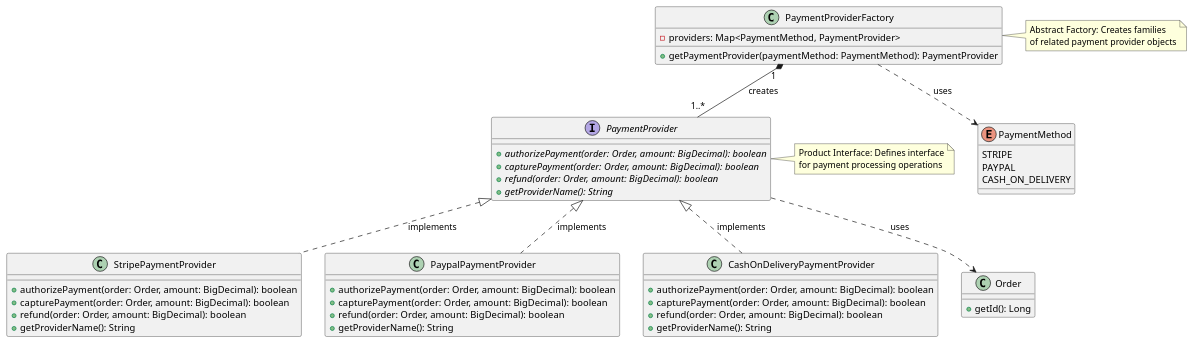
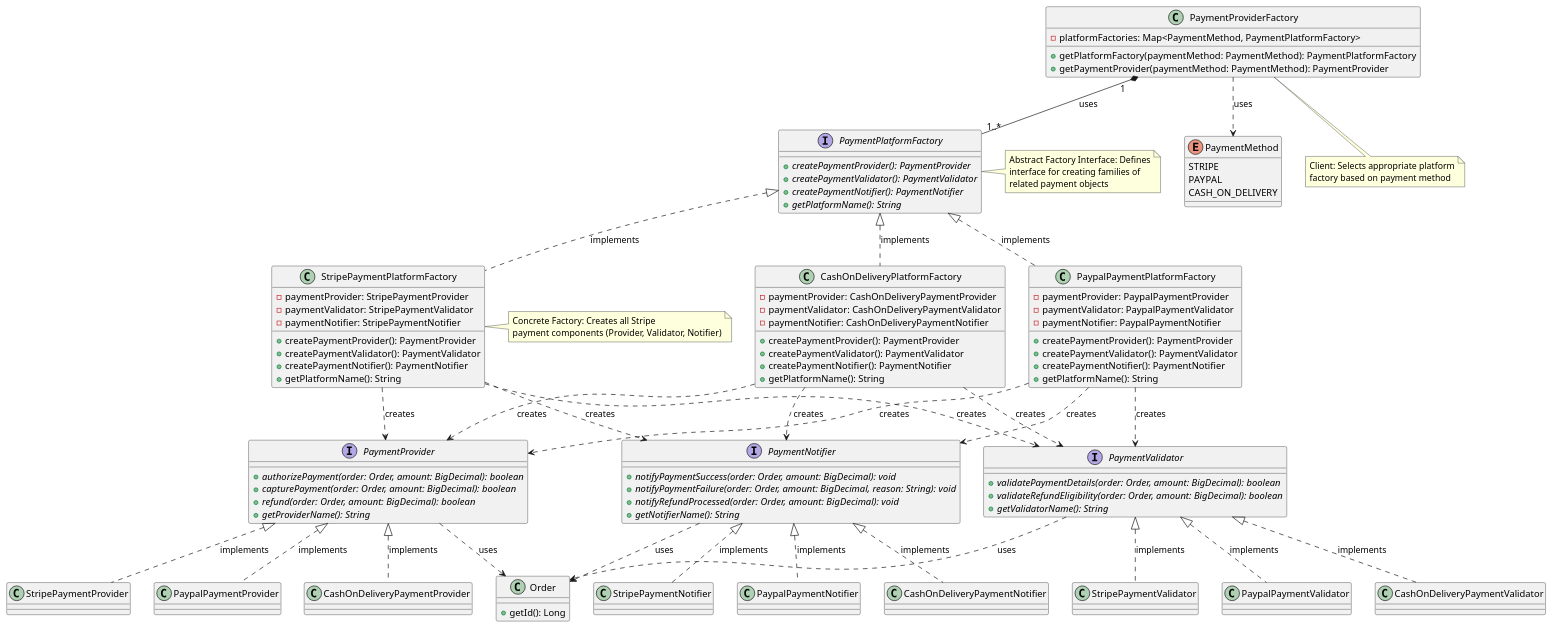
Before and after one commit to bogdan-404/PSS: the diagram in diagrams/06_AbstractFactory.puml, drawn with PlantUML. The commit also changed 14 other files, not shown here.

Commit message:
abstract factory fix

```diff
--- a/diagrams/06_AbstractFactory.puml
+++ b/diagrams/06_AbstractFactory.puml
@@ -1,64 +1,137 @@
-@startuml Abstract Factory Pattern - Payment Provider Factory
+@startuml Abstract Factory Pattern - Payment Platform Factory
 
-class PaymentProviderFactory {
-    - providers: Map<PaymentMethod, PaymentProvider>
-    + getPaymentProvider(paymentMethod: PaymentMethod): PaymentProvider
+interface PaymentPlatformFactory {
+    + {abstract} createPaymentProvider(): PaymentProvider
+    + {abstract} createPaymentValidator(): PaymentValidator
+    + {abstract} createPaymentNotifier(): PaymentNotifier
+    + {abstract} getPlatformName(): String
+}
+
+class StripePaymentPlatformFactory {
+    - paymentProvider: StripePaymentProvider
+    - paymentValidator: StripePaymentValidator
+    - paymentNotifier: StripePaymentNotifier
+    + createPaymentProvider(): PaymentProvider
+    + createPaymentValidator(): PaymentValidator
+    + createPaymentNotifier(): PaymentNotifier
+    + getPlatformName(): String
+}
+
+class PaypalPaymentPlatformFactory {
+    - paymentProvider: PaypalPaymentProvider
+    - paymentValidator: PaypalPaymentValidator
+    - paymentNotifier: PaypalPaymentNotifier
+    + createPaymentProvider(): PaymentProvider
+    + createPaymentValidator(): PaymentValidator
+    + createPaymentNotifier(): PaymentNotifier
+    + getPlatformName(): String
+}
+
+class CashOnDeliveryPlatformFactory {
+    - paymentProvider: CashOnDeliveryPaymentProvider
+    - paymentValidator: CashOnDeliveryPaymentValidator
+    - paymentNotifier: CashOnDeliveryPaymentNotifier
+    + createPaymentProvider(): PaymentProvider
+    + createPaymentValidator(): PaymentValidator
+    + createPaymentNotifier(): PaymentNotifier
+    + getPlatformName(): String
 }
 
 interface PaymentProvider {
     + {abstract} authorizePayment(order: Order, amount: BigDecimal): boolean
     + {abstract} capturePayment(order: Order, amount: BigDecimal): boolean
     + {abstract} refund(order: Order, amount: BigDecimal): boolean
     + {abstract} getProviderName(): String
 }
 
-class StripePaymentProvider {
-    + authorizePayment(order: Order, amount: BigDecimal): boolean
-    + capturePayment(order: Order, amount: BigDecimal): boolean
-    + refund(order: Order, amount: BigDecimal): boolean
-    + getProviderName(): String
+interface PaymentValidator {
+    + {abstract} validatePaymentDetails(order: Order, amount: BigDecimal): boolean
+    + {abstract} validateRefundEligibility(order: Order, amount: BigDecimal): boolean
+    + {abstract} getValidatorName(): String
 }
 
-class PaypalPaymentProvider {
-    + authorizePayment(order: Order, amount: BigDecimal): boolean
-    + capturePayment(order: Order, amount: BigDecimal): boolean
-    + refund(order: Order, amount: BigDecimal): boolean
-    + getProviderName(): String
+interface PaymentNotifier {
+    + {abstract} notifyPaymentSuccess(order: Order, amount: BigDecimal): void
+    + {abstract} notifyPaymentFailure(order: Order, amount: BigDecimal, reason: String): void
+    + {abstract} notifyRefundProcessed(order: Order, amount: BigDecimal): void
+    + {abstract} getNotifierName(): String
 }
 
-class CashOnDeliveryPaymentProvider {
-    + authorizePayment(order: Order, amount: BigDecimal): boolean
-    + capturePayment(order: Order, amount: BigDecimal): boolean
-    + refund(order: Order, amount: BigDecimal): boolean
-    + getProviderName(): String
+class StripePaymentProvider
+class StripePaymentValidator
+class StripePaymentNotifier
+class PaypalPaymentProvider
+class PaypalPaymentValidator
+class PaypalPaymentNotifier
+class CashOnDeliveryPaymentProvider
+class CashOnDeliveryPaymentValidator
+class CashOnDeliveryPaymentNotifier
+
+class PaymentProviderFactory {
+    - platformFactories: Map<PaymentMethod, PaymentPlatformFactory>
+    + getPlatformFactory(paymentMethod: PaymentMethod): PaymentPlatformFactory
+    + getPaymentProvider(paymentMethod: PaymentMethod): PaymentProvider
 }
 
 enum PaymentMethod {
     STRIPE
     PAYPAL
     CASH_ON_DELIVERY
 }
 
 class Order {
     + getId(): Long
 }
 
 ' Relationships
-PaymentProviderFactory "1" *-- "1..*" PaymentProvider : creates
+PaymentPlatformFactory <|.. StripePaymentPlatformFactory : implements
+PaymentPlatformFactory <|.. PaypalPaymentPlatformFactory : implements
+PaymentPlatformFactory <|.. CashOnDeliveryPlatformFactory : implements
+
 PaymentProvider <|.. StripePaymentProvider : implements
+PaymentValidator <|.. StripePaymentValidator : implements
+PaymentNotifier <|.. StripePaymentNotifier : implements
+
 PaymentProvider <|.. PaypalPaymentProvider : implements
+PaymentValidator <|.. PaypalPaymentValidator : implements
+PaymentNotifier <|.. PaypalPaymentNotifier : implements
+
 PaymentProvider <|.. CashOnDeliveryPaymentProvider : implements
+PaymentValidator <|.. CashOnDeliveryPaymentValidator : implements
+PaymentNotifier <|.. CashOnDeliveryPaymentNotifier : implements
+
+StripePaymentPlatformFactory ..> PaymentProvider : creates
+StripePaymentPlatformFactory ..> PaymentValidator : creates
+StripePaymentPlatformFactory ..> PaymentNotifier : creates
+
+PaypalPaymentPlatformFactory ..> PaymentProvider : creates
+PaypalPaymentPlatformFactory ..> PaymentValidator : creates
+PaypalPaymentPlatformFactory ..> PaymentNotifier : creates
+
+CashOnDeliveryPlatformFactory ..> PaymentProvider : creates
+CashOnDeliveryPlatformFactory ..> PaymentValidator : creates
+CashOnDeliveryPlatformFactory ..> PaymentNotifier : creates
+
+PaymentProviderFactory "1" *-- "1..*" PaymentPlatformFactory : uses
 PaymentProviderFactory ..> PaymentMethod : uses
 PaymentProvider ..> Order : uses
+PaymentValidator ..> Order : uses
+PaymentNotifier ..> Order : uses
 
-note right of PaymentProviderFactory
-    Abstract Factory: Creates families
-    of related payment provider objects
+note right of PaymentPlatformFactory
+    Abstract Factory Interface: Defines
+    interface for creating families of
+    related payment objects
 end note
 
-note right of PaymentProvider
-    Product Interface: Defines interface
-    for payment processing operations
+note right of StripePaymentPlatformFactory
+    Concrete Factory: Creates all Stripe
+    payment components (Provider, Validator, Notifier)
+end note
+
+note bottom of PaymentProviderFactory
+    Client: Selects appropriate platform
+    factory based on payment method
 end note
 
 @enduml
```
